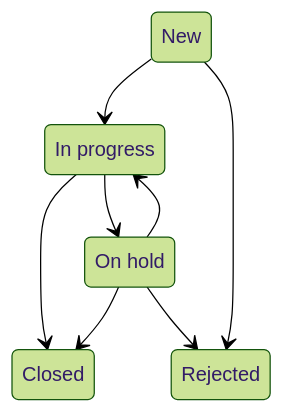
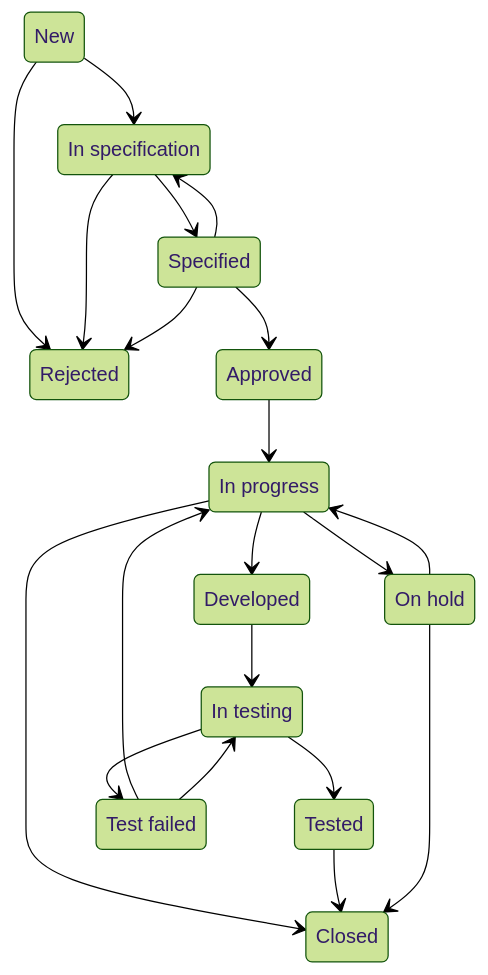
Before and after one commit to suntorytimed/openproject-workflow-visualiser: the first of 2 diagrams in README.md, drawn with Mermaid (forest theme). The commit also changed other lines of this file, not shown here.

Commit message:
better examples

````diff
--- a/README.md
+++ b/README.md
@@ -5,15 +7,34 @@
 ```mermaid
 stateDiagram-v2
     1: New
+    2: In specification
+    3: Specified
     7: In progress
+    8: Developed
+    9: In testing
+    10: Tested
+    11: Test failed
     12: Closed
     13: On hold
     14: Rejected
-    1 --> 7
+    22: Approved
+    1 --> 2
     1 --> 14
+    2 --> 3
+    2 --> 14
+    3 --> 2
+    3 --> 14
+    3 --> 22
+    7 --> 8
     7 --> 12
     7 --> 13
+    8 --> 9
+    9 --> 10
+    9 --> 11
+    10 --> 12
+    11 --> 7
+    11 --> 9
     13 --> 7
     13 --> 12
-    13 --> 14
+    22 --> 7
 ```
````
